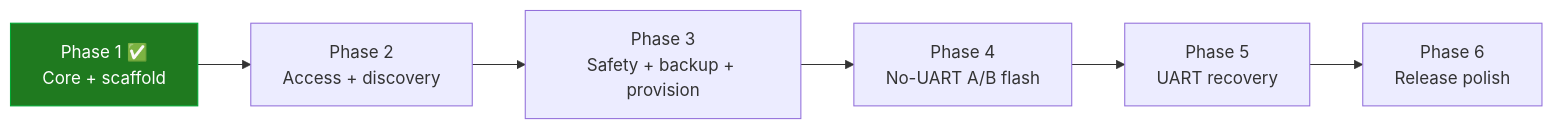
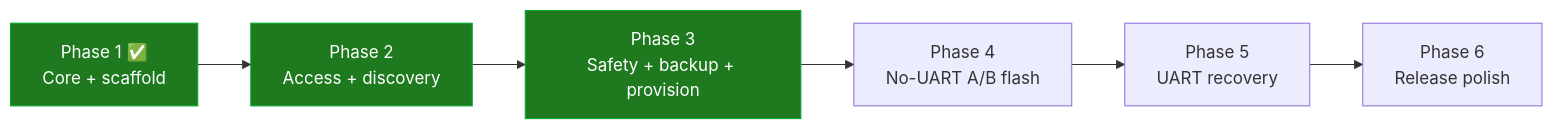
The diagram in ROADMAP-DEV.md (ParkWardRR/pelegrun-ap-hk07-firmware-tools), drawn with Mermaid before and after one commit. The commit also changed other lines of this file and 36 other files, not shown here.

````diff
--- a/ROADMAP-DEV.md
+++ b/ROADMAP-DEV.md
@@ -5,9 +5,11 @@
 ```mermaid
 flowchart LR
   P1[Phase 1 ✅<br/>Core + scaffold] --> P2[Phase 2<br/>Access + discovery]
   P2 --> P3[Phase 3<br/>Safety + backup + provision]
   P3 --> P4[Phase 4<br/>No-UART A/B flash]
   P4 --> P5[Phase 5<br/>UART recovery]
   P5 --> P6[Phase 6<br/>Release polish]
   style P1 fill:#1f7a1f,stroke:#0a3,color:#fff
+  style P2 fill:#1f7a1f,stroke:#0a3,color:#fff
+  style P3 fill:#1f7a1f,stroke:#0a3,color:#fff
 ```
````
